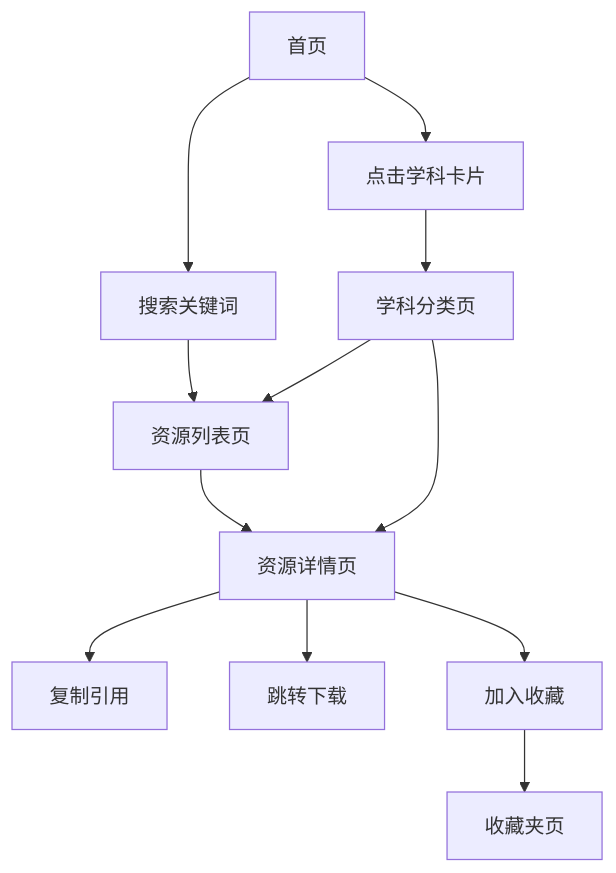
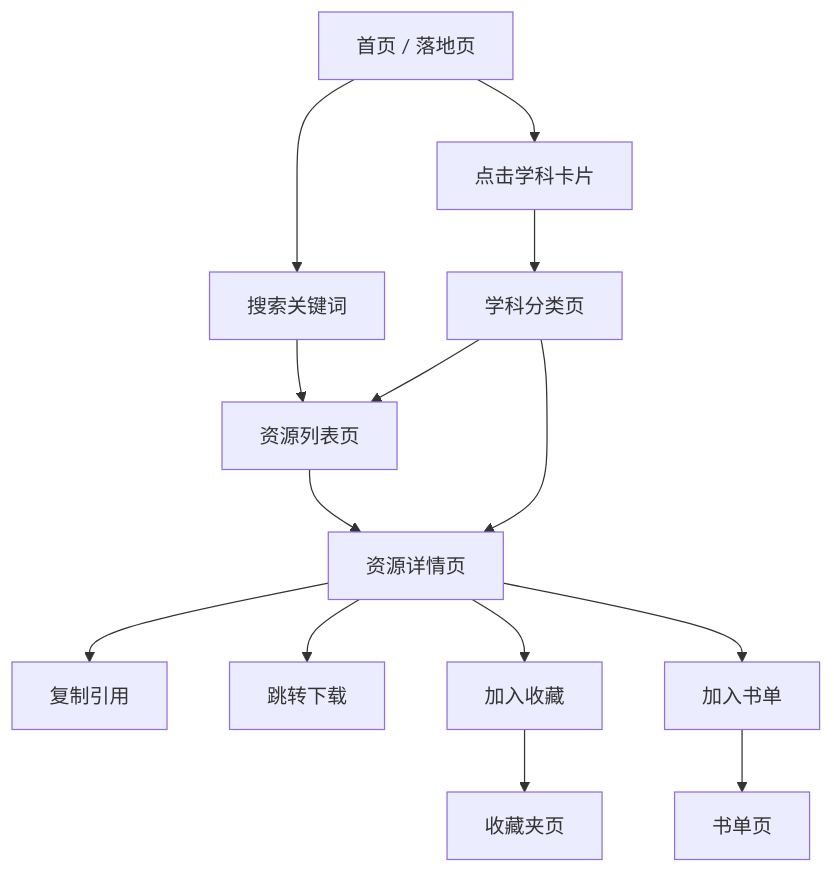
The diagram in .trae/documents/PRD.md (MS33834/scholarhub), drawn with Mermaid before and after one commit. The commit also changed other lines of this file and 164 other files, not shown here.

````diff
--- a/.trae/documents/PRD.md
+++ b/.trae/documents/PRD.md
@@ -42,14 +48,16 @@
 ```mermaid
 flowchart TD
-    A["首页"] --> B["搜索关键词"]
+    A["首页 / 落地页"] --> B["搜索关键词"]
     A --> C["点击学科卡片"]
     B --> D["资源列表页"]
     C --> E["学科分类页"]
     D --> F["资源详情页"]
     E --> D
     E --> F
     F --> G["复制引用"]
     F --> H["跳转下载"]
     F --> I["加入收藏"]
     I --> J["收藏夹页"]
+    F --> K["加入书单"]
+    K --> L["书单页"]
 ```
````
